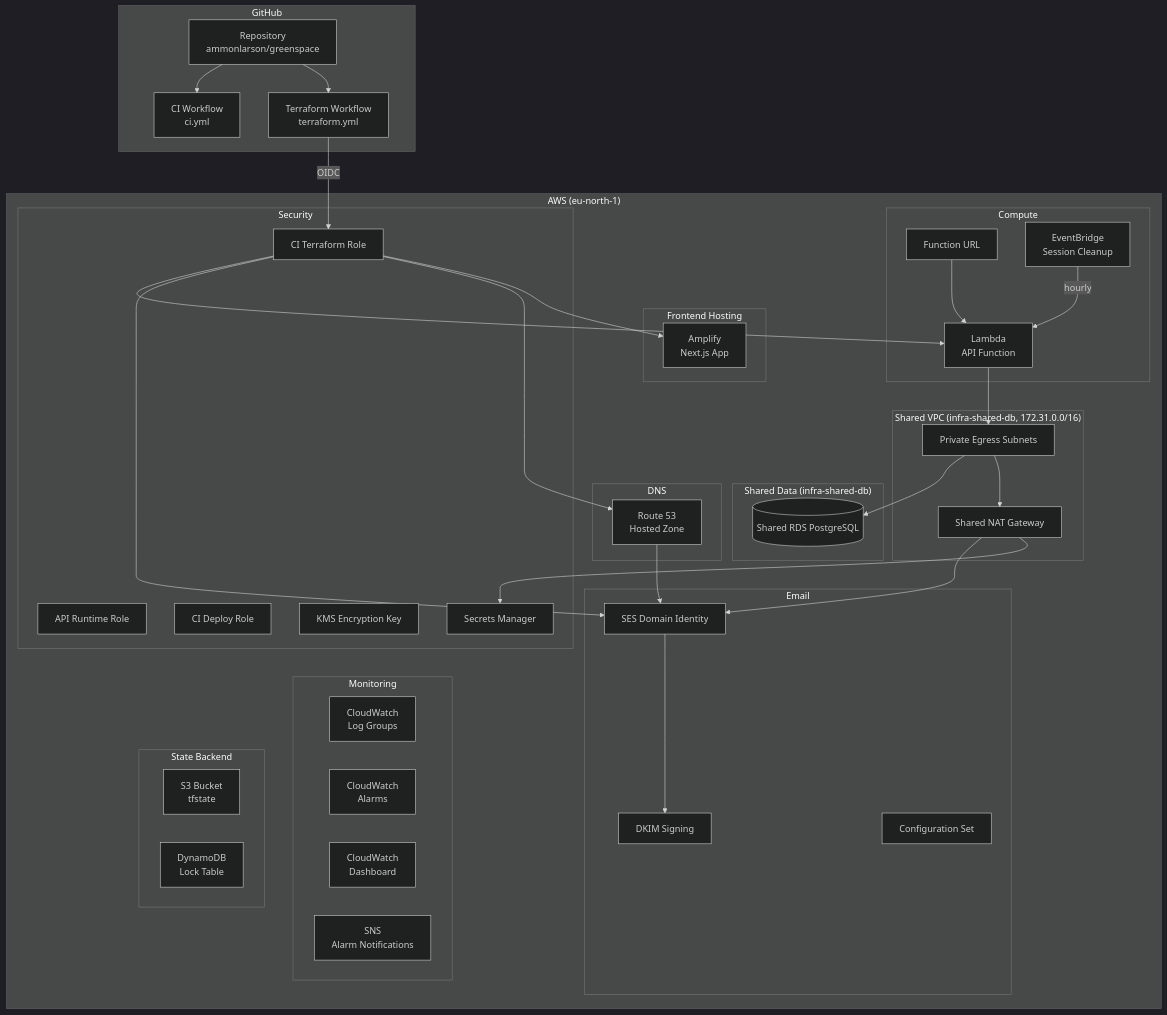
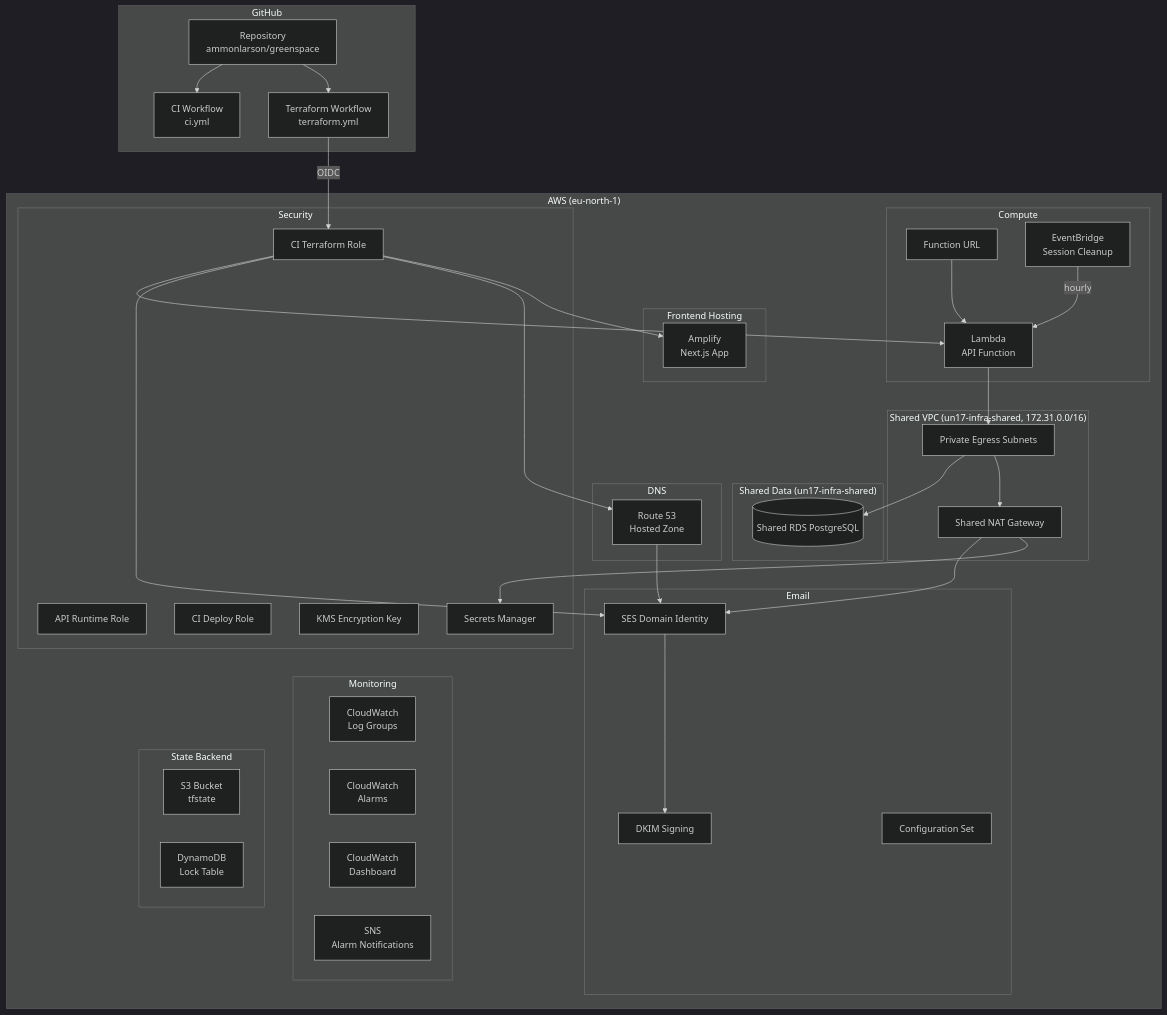
One commit to ammonl/greenspace changed the fifth of 6 diagrams in docs/architecture.md. Above: the diagram before and after it, drawn with Mermaid (dark theme). The commit also changed other lines of this file and 10 other files, not shown here.

First line of the commit message:
docs: point shared-infra references at ammonl/un17-infra-shared (#497) (#498)

````diff
--- a/docs/architecture.md
+++ b/docs/architecture.md
@@ -259,76 +259,76 @@
 ```mermaid
 graph TB
     subgraph "GitHub"
         REPO[Repository<br/>ammonlarson/greenspace]
         CI[CI Workflow<br/>ci.yml]
         TF_WF[Terraform Workflow<br/>terraform.yml]
     end
 
     subgraph "AWS (eu-north-1)"
-        subgraph "Shared VPC (infra-shared-db, 172.31.0.0/16)"
+        subgraph "Shared VPC (un17-infra-shared, 172.31.0.0/16)"
             SHARED_SUB[Private Egress Subnets]
             SHARED_NAT[Shared NAT Gateway]
         end
 
         subgraph "Compute"
             LAMBDA[Lambda<br/>API Function]
             LAMBDA_URL[Function URL]
             EB[EventBridge<br/>Session Cleanup]
         end
 
-        subgraph "Shared Data (infra-shared-db)"
+        subgraph "Shared Data (un17-infra-shared)"
             RDS[(Shared RDS PostgreSQL)]
         end
 
         subgraph "Frontend Hosting"
             AMPLIFY[Amplify<br/>Next.js App]
         end
 
         subgraph "Email"
             SES_ID[SES Domain Identity]
             SES_DKIM[DKIM Signing]
             SES_CS[Configuration Set]
         end
 
         subgraph "DNS"
             R53[Route 53<br/>Hosted Zone]
         end
 
         subgraph "Security"
             IAM_API[API Runtime Role]
             IAM_CI[CI Deploy Role]
             IAM_TF[CI Terraform Role]
             KMS[KMS Encryption Key]
             SECRETS[Secrets Manager]
         end
 
         subgraph "Monitoring"
             CW[CloudWatch<br/>Log Groups]
             ALARMS[CloudWatch<br/>Alarms]
             DASH[CloudWatch<br/>Dashboard]
             SNS[SNS<br/>Alarm Notifications]
         end
 
         subgraph "State Backend"
             S3[S3 Bucket<br/>tfstate]
             DDB[DynamoDB<br/>Lock Table]
         end
     end
 
     REPO --> CI
     REPO --> TF_WF
     TF_WF -->|OIDC| IAM_TF
     IAM_TF --> LAMBDA
     IAM_TF --> SES_ID
     IAM_TF --> R53
     IAM_TF --> AMPLIFY
     LAMBDA_URL --> LAMBDA
     EB -->|hourly| LAMBDA
     LAMBDA --> SHARED_SUB
     SHARED_SUB --> RDS
     SHARED_SUB --> SHARED_NAT
     SHARED_NAT --> SES_ID
     SHARED_NAT --> SECRETS
     R53 --> SES_ID
     SES_ID --> SES_DKIM
 ```
````
